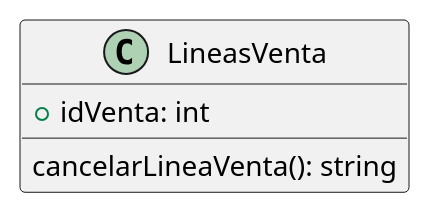
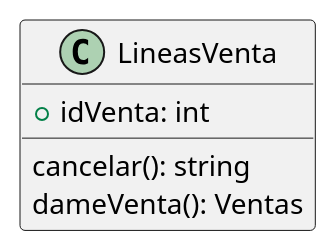
One commit to ZMGestion/DocumentacionZMGestion changed the diagram in DiagramaClases/Clases/LineasVenta.puml. Above: the diagram before and after it, drawn with PlantUML. The commit also changed 7 other files, not shown here.

```diff
--- a/DiagramaClases/Clases/LineasVenta.puml
+++ b/DiagramaClases/Clases/LineasVenta.puml
@@ -1,7 +1,8 @@
 @startuml LineasVenta
 class LineasVenta{
     +idVenta: int
 
-    cancelarLineaVenta(): string
+    cancelar(): string
+    dameVenta(): Ventas
 }
 @enduml
```
